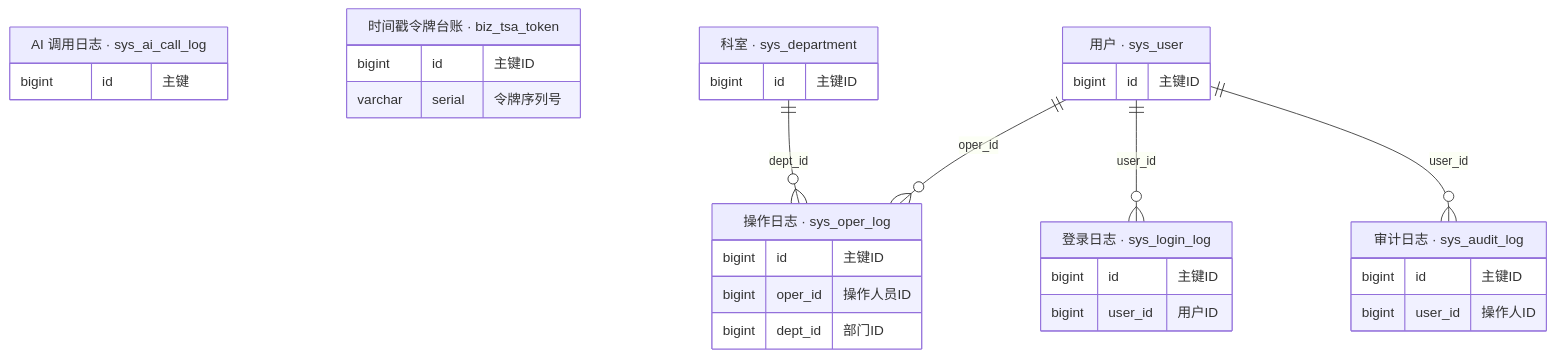
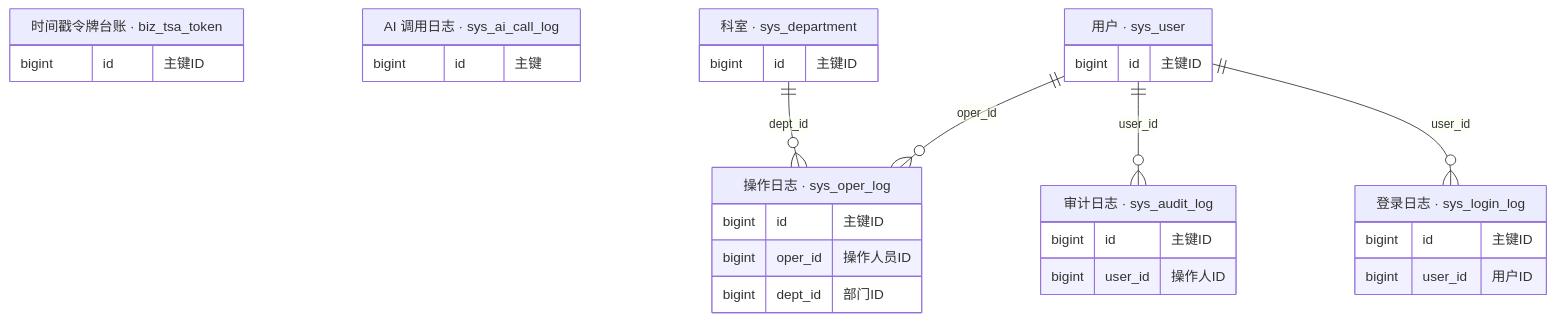
The second of 24 diagrams in docs/10-ER关系图/er-by-domain.md (cslaochai/cslkhis), drawn with Mermaid before and after one commit. The commit also changed other lines of this file and 185 other files, not shown here.

````diff
--- a/docs/10-ER关系图/er-by-domain.md
+++ b/docs/10-ER关系图/er-by-domain.md
@@ -127,33 +136,32 @@
 ```mermaid
 erDiagram
-  sys_oper_log["操作日志 · sys_oper_log"] {
+  biz_tsa_token["时间戳令牌台账 · biz_tsa_token"] {
     bigint id "主键ID"
-    bigint oper_id "操作人员ID"
-    bigint dept_id "部门ID"
+  }
+  sys_ai_call_log["AI 调用日志 · sys_ai_call_log"] {
+    bigint id "主键"
+  }
+  sys_audit_log["审计日志 · sys_audit_log"] {
+    bigint id "主键ID"
+    bigint user_id "操作人ID"
+  }
+  sys_department["科室 · sys_department"] {
+    bigint id "主键ID"
   }
   sys_login_log["登录日志 · sys_login_log"] {
     bigint id "主键ID"
     bigint user_id "用户ID"
   }
-  sys_audit_log["审计日志 · sys_audit_log"] {
+  sys_oper_log["操作日志 · sys_oper_log"] {
     bigint id "主键ID"
-    bigint user_id "操作人ID"
-  }
-  sys_ai_call_log["AI 调用日志 · sys_ai_call_log"] {
-    bigint id "主键"
-  }
-  biz_tsa_token["时间戳令牌台账 · biz_tsa_token"] {
-    bigint id "主键ID"
-    varchar serial "令牌序列号"
-  }
-  sys_department["科室 · sys_department"] {
-    bigint id "主键ID"
+    bigint oper_id "操作人员ID"
+    bigint dept_id "部门ID"
   }
   sys_user["用户 · sys_user"] {
     bigint id "主键ID"
   }
   sys_user ||--o{ sys_audit_log : "user_id"
   sys_user ||--o{ sys_login_log : "user_id"
+  sys_department ||--o{ sys_oper_log : "dept_id"
   sys_user ||--o{ sys_oper_log : "oper_id"
-  sys_department ||--o{ sys_oper_log : "dept_id"
 ```
````
